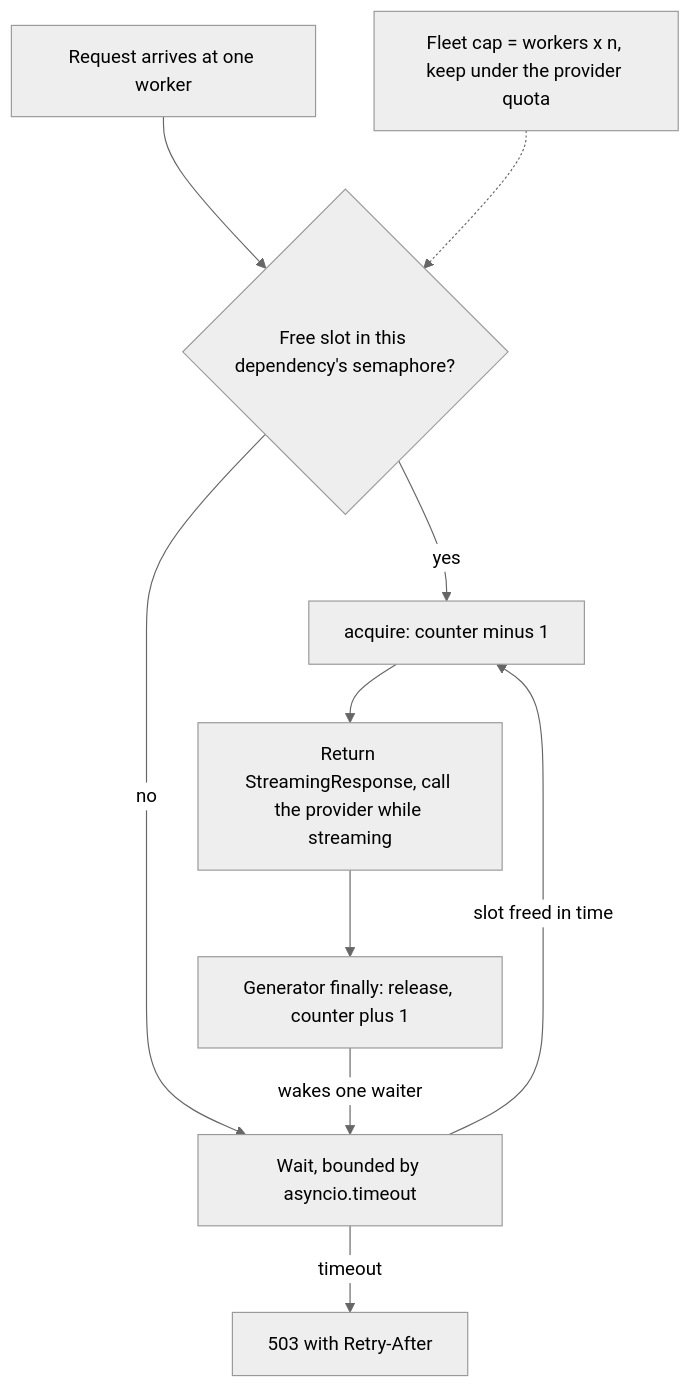
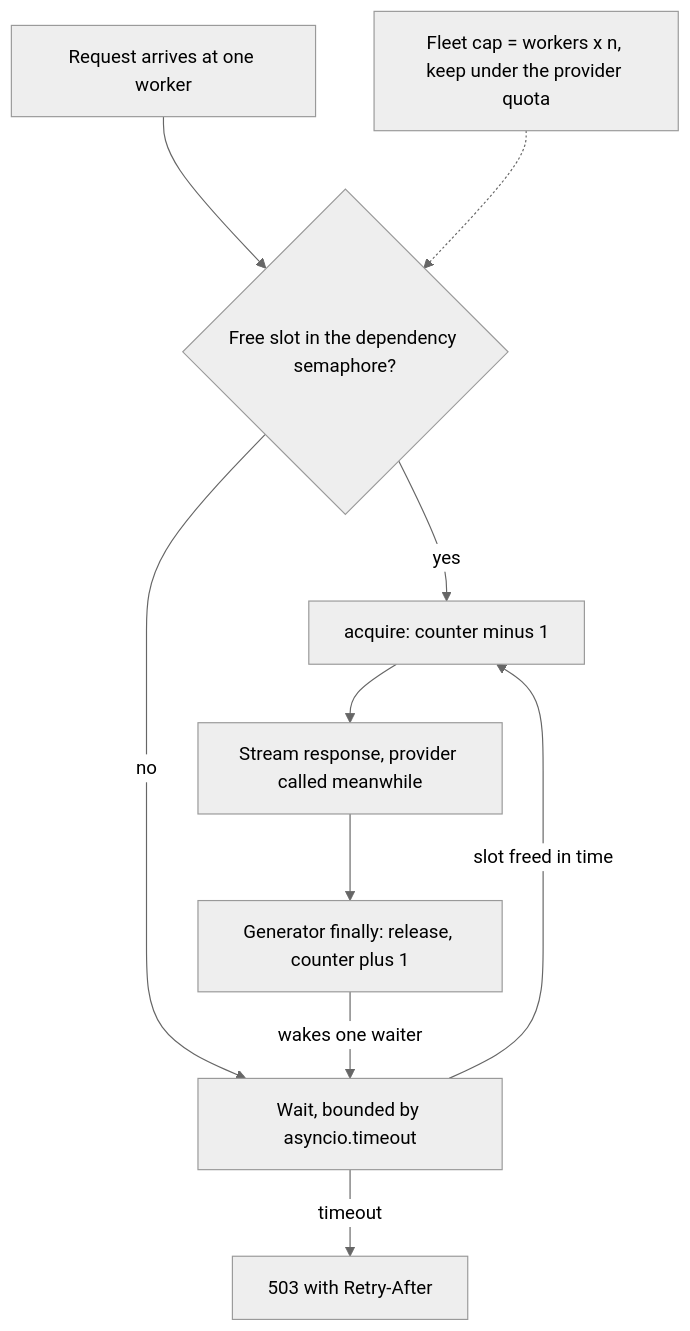
Before and after one commit to lovishmahajan97/agentic-learning: the diagram in content/fastapi-for-ai/concurrency-limits.md, drawn with Mermaid (neutral theme). The commit also changed other lines of this file and 81 other files, not shown here.

````diff
--- a/content/fastapi-for-ai/concurrency-limits.md
+++ b/content/fastapi-for-ai/concurrency-limits.md
@@ -127,12 +127,12 @@
 ```mermaid
 flowchart TD
-    A["Request arrives at one worker"] --> B{"Free slot in this dependency's semaphore?"}
+    A["Request arrives at one worker"] --> B{"Free slot in the dependency semaphore?"}
     B -->|"yes"| C["acquire: counter minus 1"]
     B -->|"no"| W["Wait, bounded by asyncio.timeout"]
     W -->|"slot freed in time"| C
     W -->|"timeout"| R["503 with Retry-After"]
-    C --> S["Return StreamingResponse, call the provider while streaming"]
+    C --> S["Stream response, provider called meanwhile"]
     S --> F["Generator finally: release, counter plus 1"]
     F -->|"wakes one waiter"| W
     N["Fleet cap = workers x n, keep under the provider quota"] -.-> B
 ```
````
